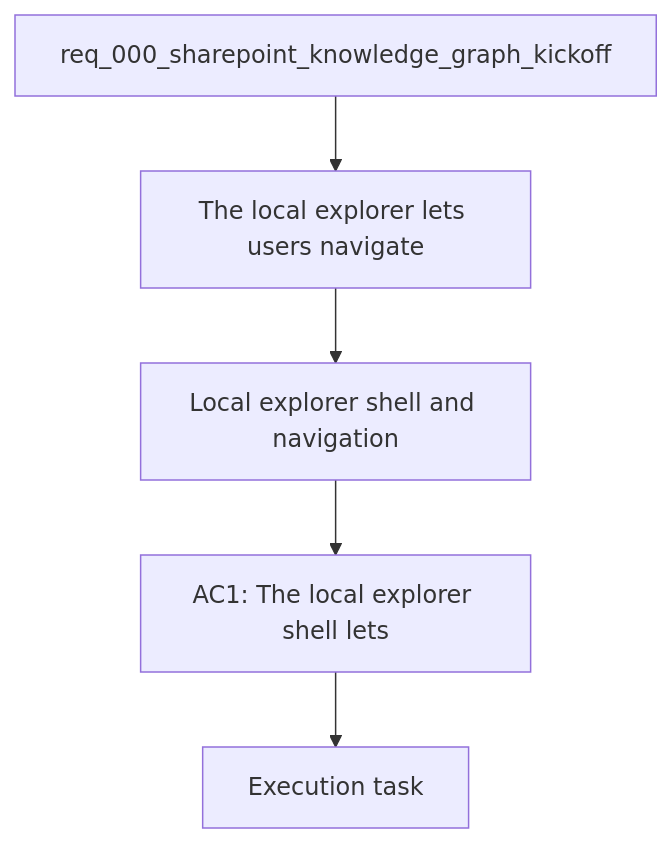
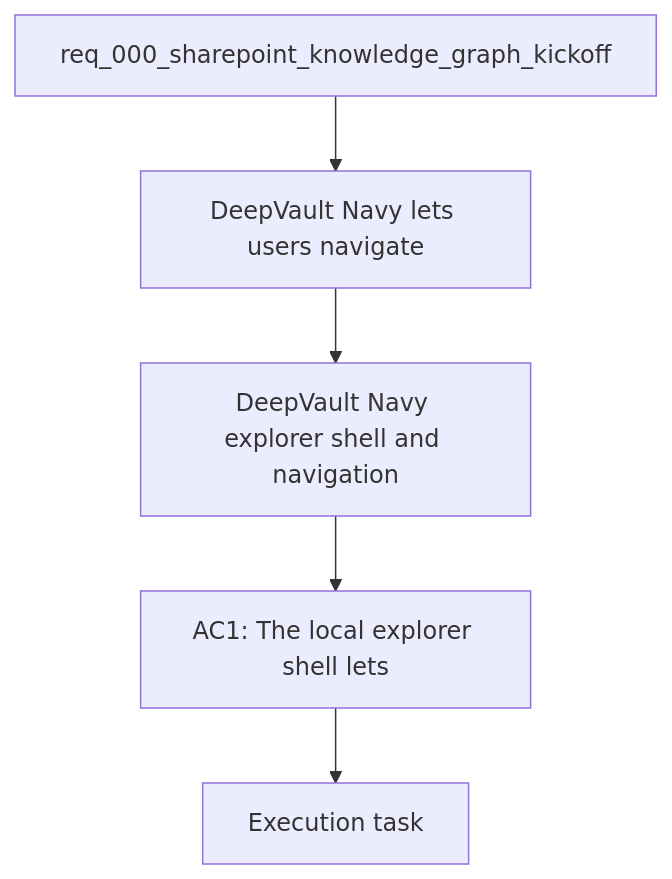
One commit to AlexAgo83/deepvault changed the diagram in logics/backlog/item_008_local_explorer_shell_and_navigation.md. Above: the diagram before and after it, drawn with Mermaid. The commit also changed other lines of this file and 21 other files, not shown here.

Commit message:
Update DeepVault naming and Azure hosting docs

````diff
--- a/logics/backlog/item_008_local_explorer_shell_and_navigation.md
+++ b/logics/backlog/item_008_local_explorer_shell_and_navigation.md
@@ -22,9 +22,9 @@
 ```mermaid
 %% logics-kind: backlog
-%% logics-signature: backlog|local-explorer-shell-and-navigation|req-000-sharepoint-knowledge-graph-kicko|the-local-explorer-lets-users-navigate|ac1-the-local-explorer-shell-lets
+%% logics-signature: backlog|deepvault-navy-explorer-shell-and-naviga|req-000-sharepoint-knowledge-graph-kicko|deepvault-navy-lets-users-navigate|ac1-deepvault-navy-lets-users
 flowchart TD
-    Request[req_000_sharepoint_knowledge_graph_kickoff] --> Problem[The local explorer lets users navigate]
-    Problem --> Scope[Local explorer shell and navigation]
+    Request[req_000_sharepoint_knowledge_graph_kickoff] --> Problem[DeepVault Navy lets users navigate]
+    Problem --> Scope[DeepVault Navy explorer shell and navigation]
     Scope --> Acceptance[AC1: The local explorer shell lets]
     Acceptance --> Tasks[Execution task]
 ```
````
